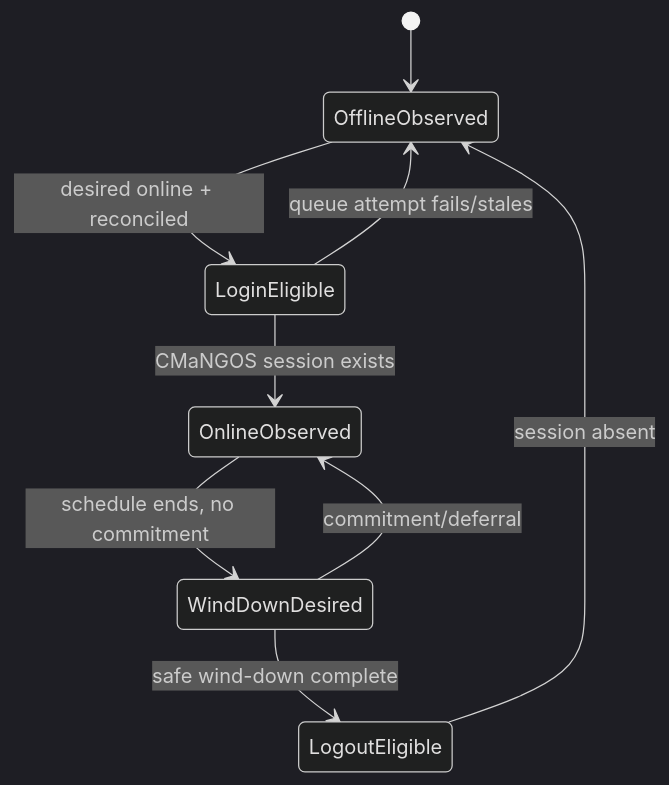
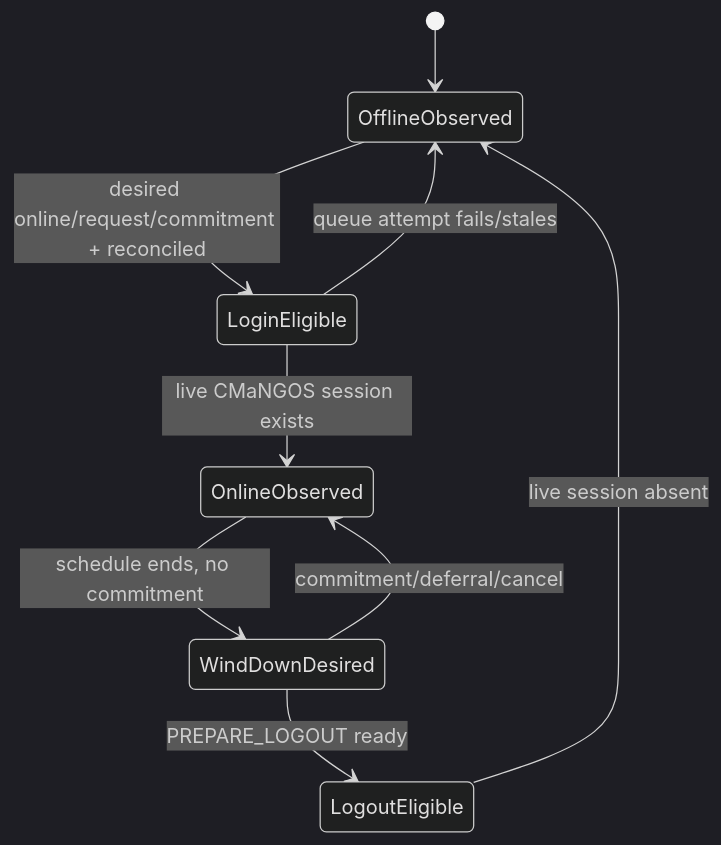
One commit to Tansien/playerbots changed the diagram in docs/design/0003-lifecycle-persistence-and-reconciliation.md. Above: the diagram before and after it, drawn with Mermaid (dark theme). The commit also changed other lines of this file, not shown here.

````diff
--- a/docs/design/0003-lifecycle-persistence-and-reconciliation.md
+++ b/docs/design/0003-lifecycle-persistence-and-reconciliation.md
@@ -14,11 +25,11 @@
 ```mermaid
 stateDiagram-v2
   [*] --> OfflineObserved
-  OfflineObserved --> LoginEligible: desired online + reconciled
+  OfflineObserved --> LoginEligible: desired online/request/commitment + reconciled
   LoginEligible --> OfflineObserved: queue attempt fails/stales
-  LoginEligible --> OnlineObserved: CMaNGOS session exists
+  LoginEligible --> OnlineObserved: live CMaNGOS session exists
   OnlineObserved --> WindDownDesired: schedule ends, no commitment
-  WindDownDesired --> OnlineObserved: commitment/deferral
-  WindDownDesired --> LogoutEligible: safe wind-down complete
-  LogoutEligible --> OfflineObserved: session absent
+  WindDownDesired --> OnlineObserved: commitment/deferral/cancel
+  WindDownDesired --> LogoutEligible: PREPARE_LOGOUT ready
+  LogoutEligible --> OfflineObserved: live session absent
 ```
````
